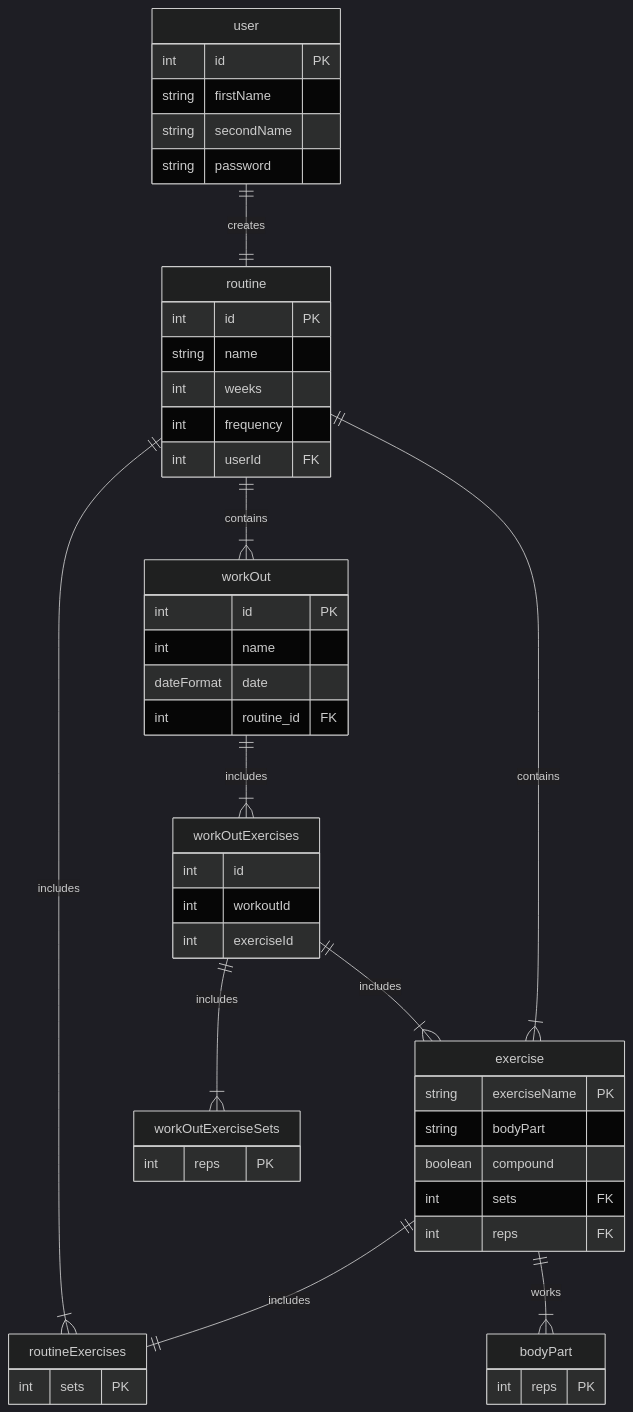
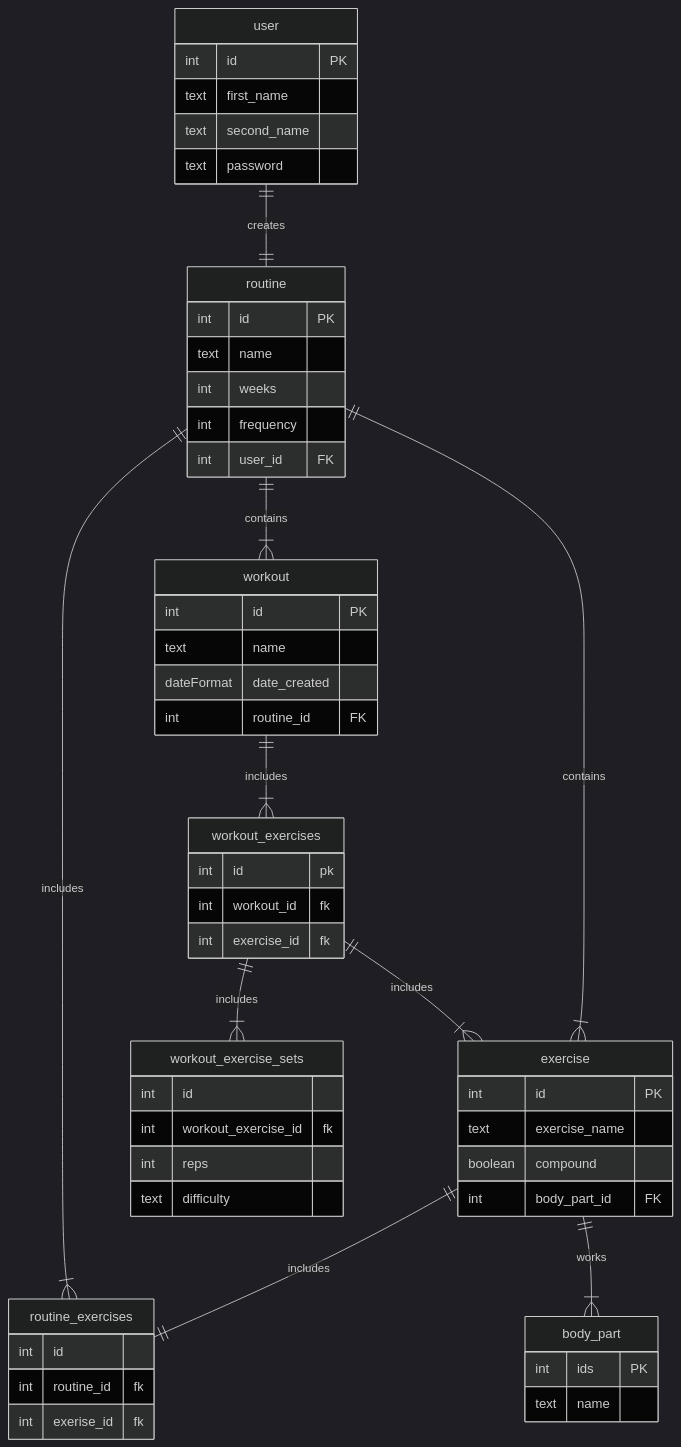
Before and after one commit to ATaylorUno/SdetCoE: the second of 2 diagrams in README.md, drawn with Mermaid. The commit also changed other lines of this file and 2 other files, not shown here.

````diff
--- a/README.md
+++ b/README.md
@@ -48,61 +48,68 @@
 ```mermaid
 %%{init: {'theme':'dark'}}%%
 erDiagram
     user ||--|| routine : creates
     user {
         int id PK
-        string firstName
-        string secondName
-        string password
+        text first_name
+        text second_name
+        text password
     }
-    routine ||--|{ workOut : contains
+    routine ||--|{ workout : contains
     routine ||--|{ exercise : contains
     routine {
         int id PK
-        string name
+        text name
         int weeks
         int frequency
-        int userId FK
+        int user_id FK
 
     }
-    workOut ||--|{ workOutExercises : includes
-    workOut {
+    workout ||--|{ workout_exercises : includes
+    workout {
         int id PK
-        int name
-        dateFormat date
+        text name
+        dateFormat date_created
         int routine_id FK
 
     }
-    workOutExercises ||--|{ exercise : includes
-    workOutExercises ||--|{ workOutExerciseSets : includes
-    workOutExercises{
-        int id
-        int workoutId
-        int exerciseId
+    workout_exercises ||--|{ exercise : includes
+    workout_exercises ||--|{ workout_exercise_sets : includes
+    workout_exercises{
+        int id pk
+        int workout_id fk
+        int exercise_id fk
     }
 
-    exercise ||--|| routineExercises: includes
-    exercise ||--|{ bodyPart: works
+    exercise ||--|| routine_exercises: includes
+    exercise ||--|{ body_part: works
     exercise {
-        string exerciseName PK
-        string bodyPart
+        int id PK
+        text exercise_name
         boolean compound
-        int sets FK
-        int reps FK
+        int body_part_id FK
+
     }
-    routine ||--|{ routineExercises: includes
-    routineExercises {
-        int sets PK
+    routine ||--|{ routine_exercises: includes
+    routine_exercises {
+        int id
+        int routine_id fk
+        int exerise_id fk
     }
 
-     bodyPart {
-        int reps PK
+     body_part {
+        int ids PK
+        text name
     }
 
 
-     workOutExerciseSets {
-        int reps PK
+     workout_exercise_sets {
+        int id
+        int workout_exercise_id fk
+        int reps
+        text difficulty
     }
 
 
+
 ```
````
